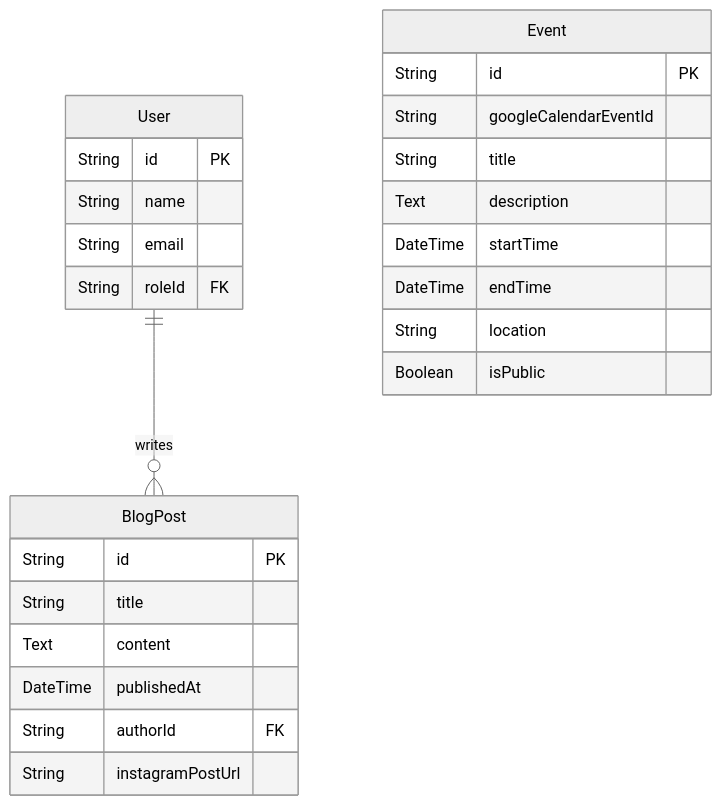
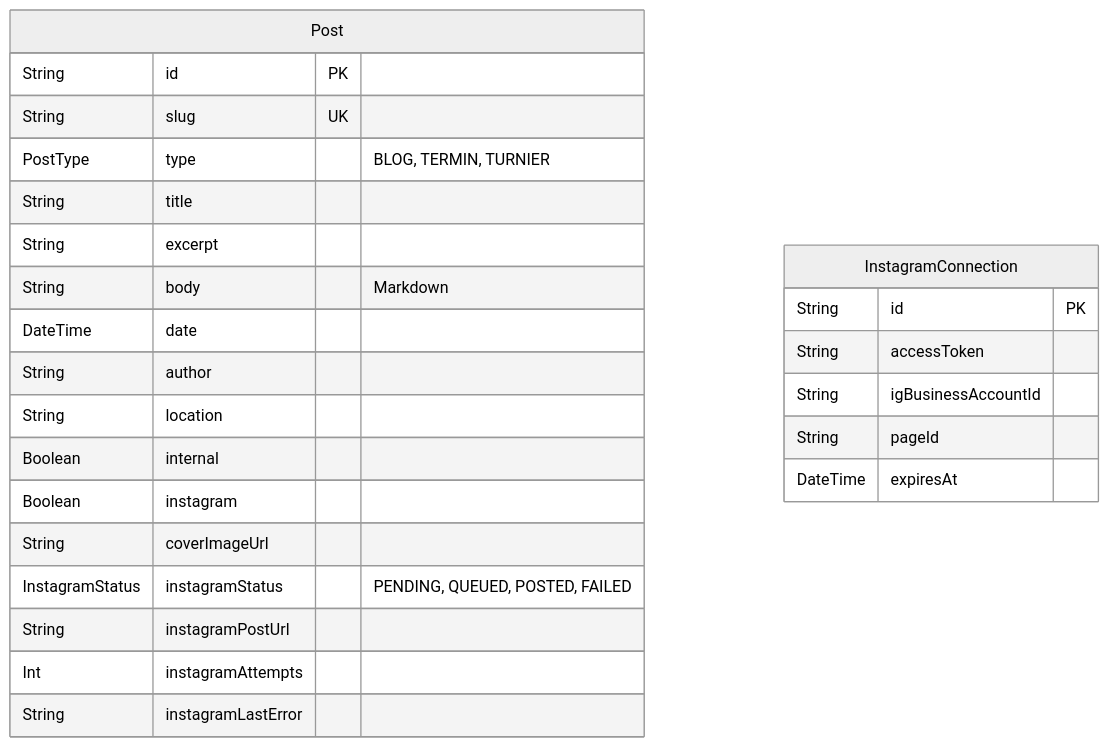
The second of 5 diagrams in docs/schema.md (oecher-meeples/portal), drawn with Mermaid (neutral theme) before and after one commit. The commit also changed other lines of this file and 5 other files, not shown here.

````diff
--- a/docs/schema.md
+++ b/docs/schema.md
@@ -17,32 +74,29 @@
 ```mermaid
 erDiagram
-    User {
+    Post {
         String id PK
-        String name
-        String email
-        String roleId FK
+        String slug UK
+        PostType type "BLOG, TERMIN, TURNIER"
+        String title
+        String excerpt
+        String body "Markdown"
+        DateTime date
+        String author
+        String location
+        Boolean internal
+        Boolean instagram
+        String coverImageUrl
+        InstagramStatus instagramStatus "PENDING, QUEUED, POSTED, FAILED"
+        String instagramPostUrl
+        Int instagramAttempts
+        String instagramLastError
     }
 
-    BlogPost {
+    InstagramConnection {
         String id PK
-        String title
-        Text content
-        DateTime publishedAt
-        String authorId FK
-        String instagramPostUrl
+        String accessToken
+        String igBusinessAccountId
+        String pageId
+        DateTime expiresAt
     }
-
-    Event {
-        String id PK
-        String googleCalendarEventId
-        String title
-        Text description
-        DateTime startTime
-        DateTime endTime
-        String location
-        Boolean isPublic
-    }
-
-    User ||--o{ BlogPost : "writes"
-
 ```
````
